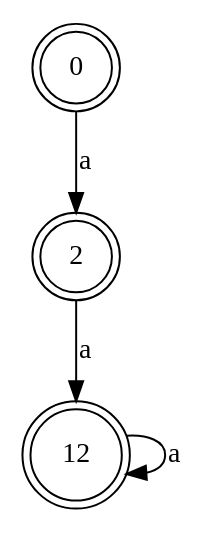
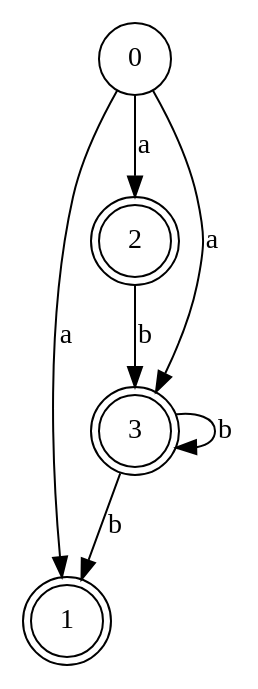
One commit to igorbragaia/CTC-34 changed the diagram in projeto_1/test-output/graph.gv. Above: the diagram before and after it, drawn with Graphviz. The commit also changed 5 other files, not shown here.

```diff
--- a/projeto_1/test-output/graph.gv
+++ b/projeto_1/test-output/graph.gv
@@ -1,8 +1,12 @@
 digraph {
-	0 [shape=doublecircle]
+	0 [shape=circle]
+	1 [shape=doublecircle]
 	2 [shape=doublecircle]
-	12 [shape=doublecircle]
+	3 [shape=doublecircle]
 	0 -> 2 [label=a]
-	2 -> 12 [label=a]
-	12 -> 12 [label=a]
+	3 -> 3 [label=b]
+	0 -> 3 [label=a]
+	0 -> 1 [label=a]
+	3 -> 1 [label=b]
+	2 -> 3 [label=b]
 }
```
